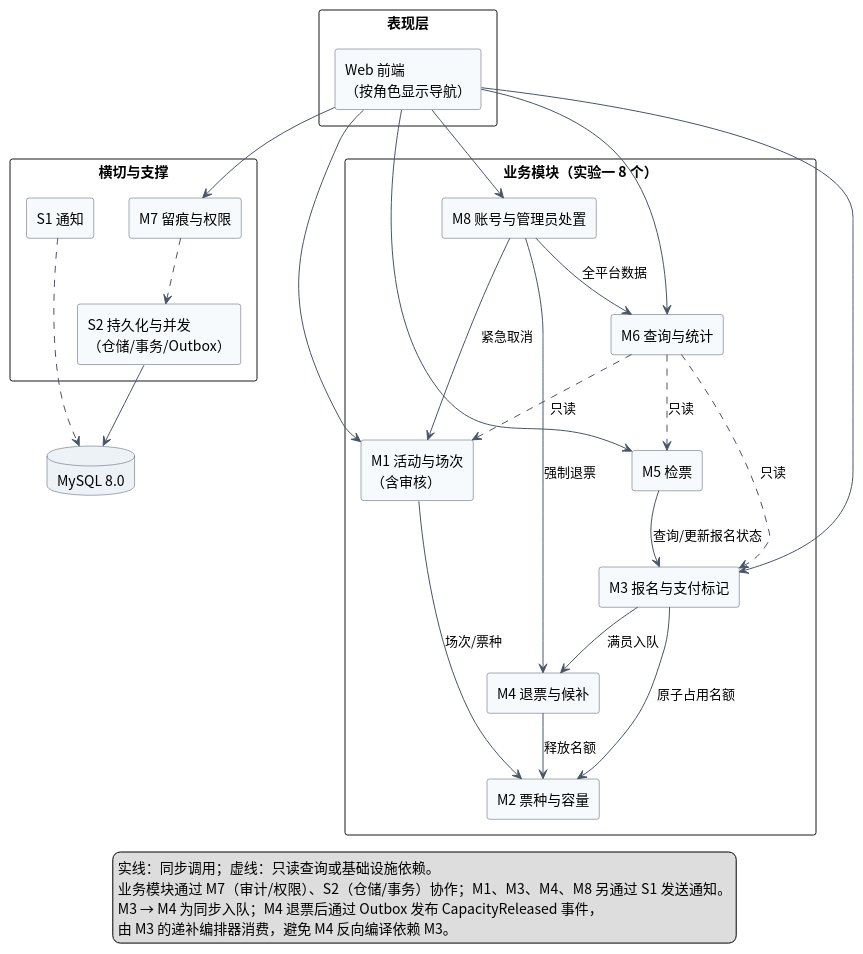
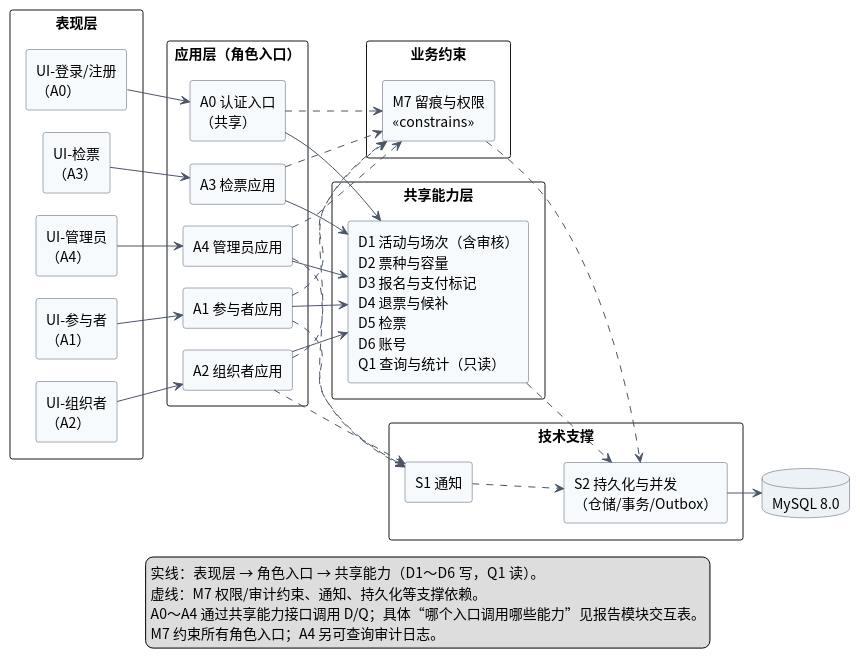
Before and after one commit to Lewis-44-China/se-lab1-requirements: the diagram in lab2/UML/UML组件图.puml, drawn with PlantUML. The commit also changed 6 other files, not shown here.

First line of the commit message:
lab2: 按角色入口与共享能力重构组件图

```diff
--- a/lab2/UML/UML组件图.puml
+++ b/lab2/UML/UML组件图.puml
@@ -1,78 +1,86 @@
-@startuml
-' 实验二：活动票务与报名系统 组件图
-' 实线：同步调用；虚线：只读查询或基础设施依赖。
-' 为避免连线过密，横切依赖（审计/权限、通知、持久化）统一用注释说明。
+@startuml UML组件图
+' 实验二：活动票务与报名系统 组件图（总体架构）
+' 设计原则：角色入口 + 共享能力 + 业务约束 + 技术支撑。
+' 具体“哪个入口调用哪些 D/Q 能力”见报告模块交互表；
+' 领域模块之间的依赖见 UML组件图_领域依赖.puml。
+left to right direction
 skinparam componentStyle rectangle
 skinparam defaultFontName "Noto Sans CJK SC"
 skinparam shadowing false
 skinparam packageStyle rectangle
 skinparam ArrowColor #4A5568
-skinparam nodesep 35
-skinparam ranksep 45
+skinparam nodesep 22
+skinparam ranksep 35
 skinparam component {
   BackgroundColor #F7FAFC
   BorderColor #4A5568
 }
 skinparam database {
   BackgroundColor #EDF2F7
   BorderColor #4A5568
 }
 
 package "表现层" {
-  [Web 前端\n（按角色显示导航）] as Web
+  [UI-登录/注册\n（A0）] as U0
+  [UI-参与者\n（A1）] as U1
+  [UI-组织者\n（A2）] as U2
+  [UI-检票\n（A3）] as U3
+  [UI-管理员\n（A4）] as U4
 }
-
-package "业务模块（实验一 8 个）" {
-  [M1 活动与场次\n（含审核）] as M1
-  [M2 票种与容量] as M2
-  [M3 报名与支付标记] as M3
-  [M4 退票与候补] as M4
-  [M5 检票] as M5
-  [M6 查询与统计] as M6
-  [M8 账号与管理员处置] as M8
+package "应用层（角色入口）" {
+  [A0 认证入口\n（共享）] as A0
+  [A1 参与者应用] as A1
+  [A2 组织者应用] as A2
+  [A3 检票应用] as A3
+  [A4 管理员应用] as A4
 }
-
-package "横切与支撑" {
-  [M7 留痕与权限] as M7
+package "业务约束" {
+  [M7 留痕与权限\n<<constrains>>] as M7
+}
+package "共享能力层" {
+  [D1 活动与场次（含审核）\nD2 票种与容量\nD3 报名与支付标记\nD4 退票与候补\nD5 检票\nD6 账号\nQ1 查询与统计（只读）] as CAP
+}
+package "技术支撑" {
   [S1 通知] as S1
   [S2 持久化与并发\n（仓储/事务/Outbox）] as S2
 }
-
 database "MySQL 8.0" as DB
 
-' 表现层通过应用服务接口调用
-Web --> M1
-Web --> M3
-Web --> M5
-Web --> M6
-Web --> M7
-Web --> M8
+' 表现层到角色入口
+U0 --> A0
+U1 --> A1
+U2 --> A2
+U3 --> A3
+U4 --> A4
 
-' 业务模块之间的同步依赖
-M1 --> M2 : 场次/票种
-M3 --> M2 : 原子占用名额
-M3 --> M4 : 满员入队
-M4 --> M2 : 释放名额
-M5 --> M3 : 查询/更新报名状态
-M8 --> M1 : 紧急取消
-M8 --> M4 : 强制退票
-M8 --> M6 : 全平台数据
+' 角色入口到共享能力
+A0 --> CAP
+A1 --> CAP
+A2 --> CAP
+A3 --> CAP
+A4 --> CAP
 
-' 查询模块只读
-M6 ..> M1 : 只读
-M6 ..> M3 : 只读
-M6 ..> M5 : 只读
+' M7 约束所有角色入口
+A0 ..> M7
+A1 ..> M7
+A2 ..> M7
+A3 ..> M7
+A4 ..> M7
 
-' 横切与持久化
+' 通知与持久化
+A1 ..> S1
+A2 ..> S1
+A4 ..> S1
+CAP ..> S2
 M7 ..> S2
-S1 ..> DB
+S1 ..> S2
 S2 --> DB
 
 legend bottom
-  实线：同步调用；虚线：只读查询或基础设施依赖。
-  业务模块通过 M7（审计/权限）、S2（仓储/事务）协作；M1、M3、M4、M8 另通过 S1 发送通知。
-  M3 → M4 为同步入队；M4 退票后通过 Outbox 发布 CapacityReleased 事件，
-  由 M3 的递补编排器消费，避免 M4 反向编译依赖 M3。
+  实线：表现层 → 角色入口 → 共享能力（D1～D6 写，Q1 读）。
+  虚线：M7 权限/审计约束、通知、持久化等支撑依赖。
+  A0～A4 通过共享能力接口调用 D/Q；具体“哪个入口调用哪些能力”见报告模块交互表。
+  M7 约束所有角色入口；A4 另可查询审计日志。
 endlegend
 
 @enduml
```
